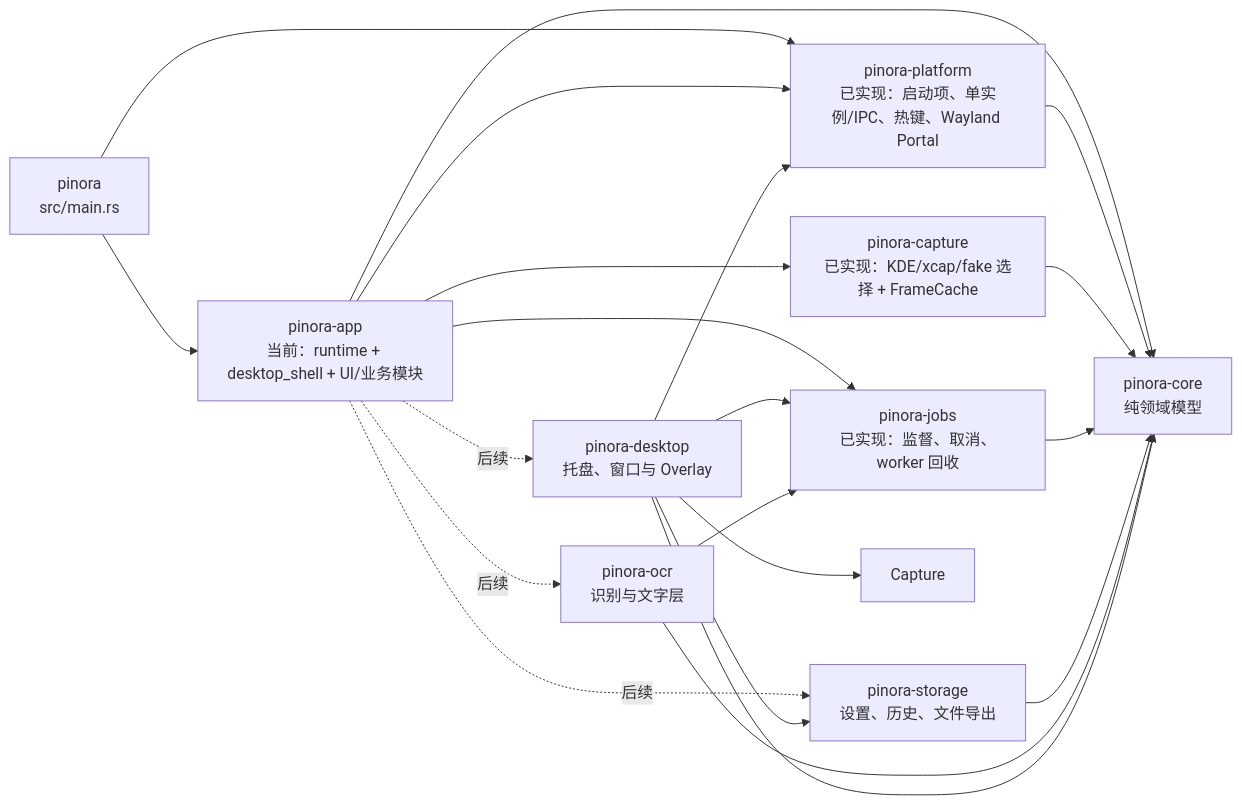
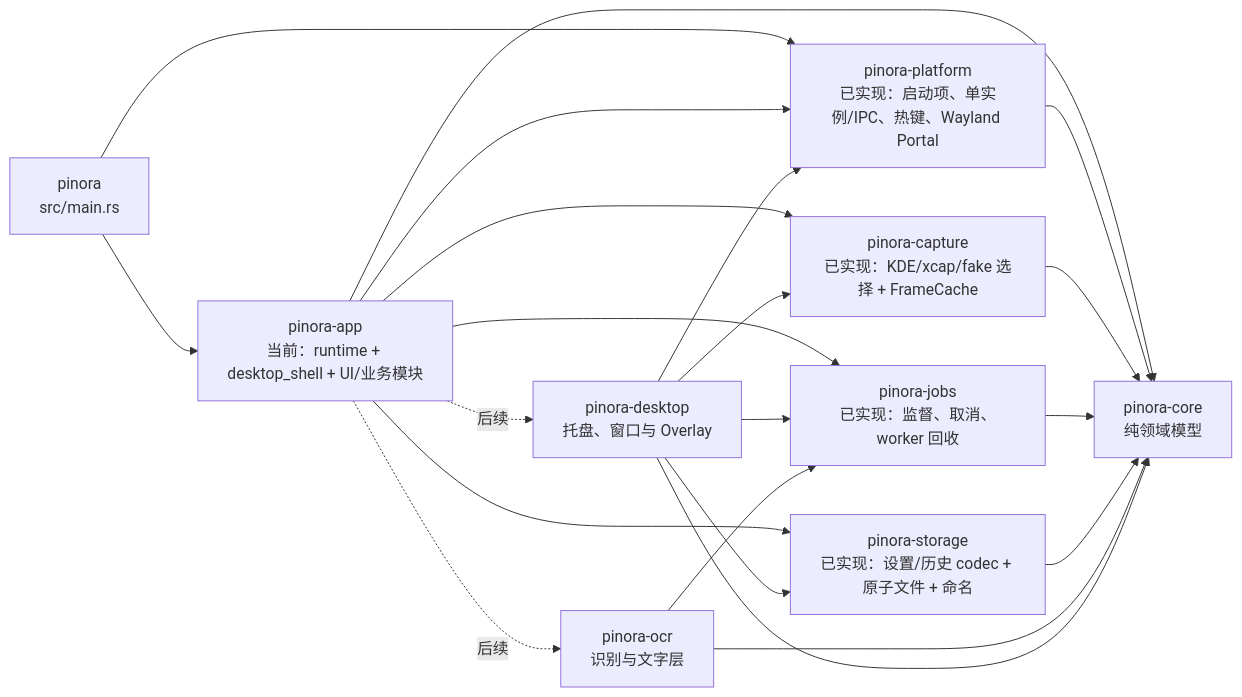
The third of 23 diagrams in docs/Pinora-开发设计文档.md (yhyzgn/pinora), drawn with Mermaid before and after one commit. The commit also changed other lines of this file and 18 other files, not shown here.

````diff
--- a/docs/Pinora-开发设计文档.md
+++ b/docs/Pinora-开发设计文档.md
@@ -236,24 +236,24 @@
 ```mermaid
 flowchart LR
     Main["pinora\nsrc/main.rs"] --> App["pinora-app\n当前：runtime + desktop_shell + UI/业务模块"]
     Main --> Platform["pinora-platform\n已实现：启动项、单实例/IPC、热键、Wayland Portal"]
     App --> Platform
     App --> Core["pinora-core\n纯领域模型"]
     Platform --> Core
 
     App --> CaptureNow["pinora-capture\n已实现：KDE/xcap/fake 选择 + FrameCache"]
     CaptureNow --> Core
     App --> JobsNow["pinora-jobs\n已实现：监督、取消、worker 回收"]
     JobsNow --> Core
-    App -. 后续 .-> Storage["pinora-storage\n设置、历史、文件导出"]
+    App --> StorageNow["pinora-storage\n已实现：设置/历史 codec + 原子文件 + 命名"]
+    StorageNow --> Core
     App -. 后续 .-> Desktop["pinora-desktop\n托盘、窗口与 Overlay"]
     App -. 后续 .-> Ocr["pinora-ocr\n识别与文字层"]
-    Storage --> Core
     Ocr --> Core
     Desktop --> Core
     Desktop --> Platform
-    Desktop --> Capture
+    Desktop --> CaptureNow
     Desktop --> JobsNow
-    Desktop --> Storage
+    Desktop --> StorageNow
     Ocr --> JobsNow
 ```
````
